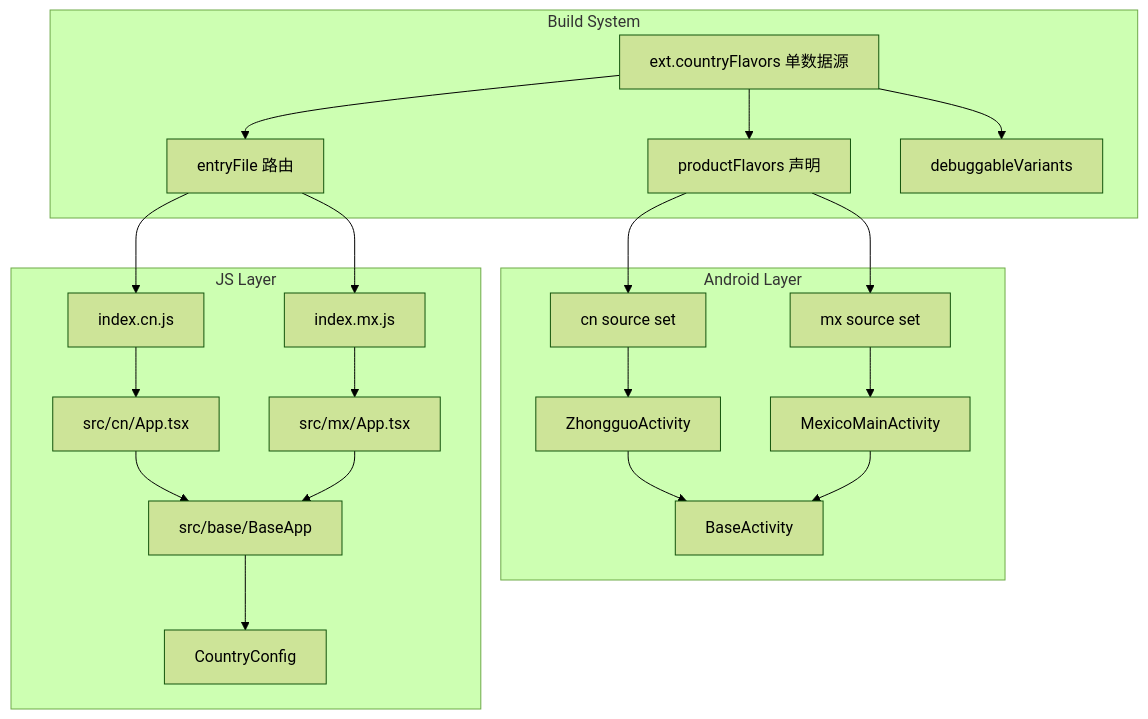
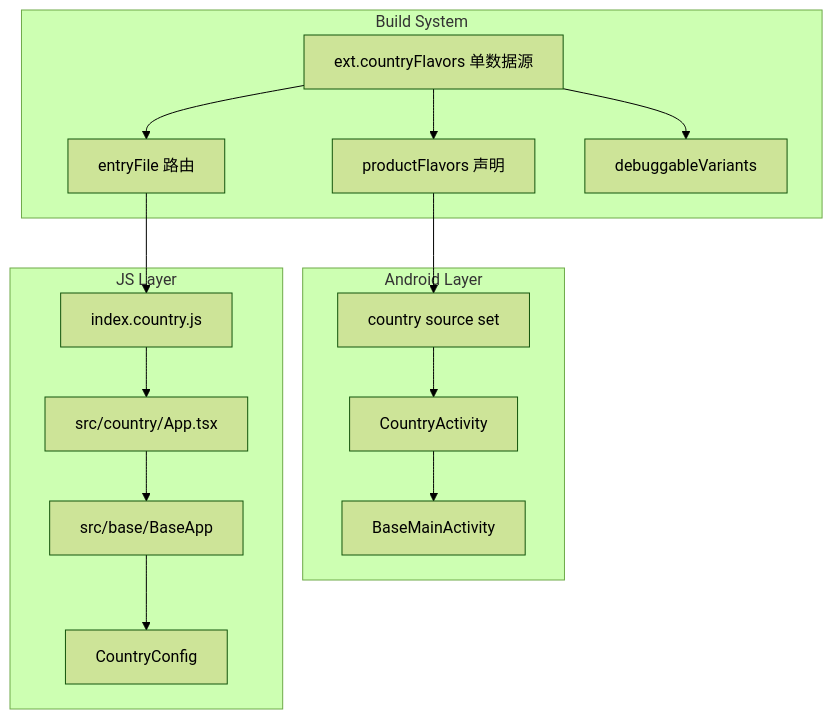
One commit to junjie-z666/react-native-template-multi-country changed the diagram in docs/article.md. Above: the diagram before and after it, drawn with Mermaid (forest theme). The commit also changed other lines of this file and 8 other files, not shown here.

````diff
--- a/docs/article.md
+++ b/docs/article.md
@@ -39,28 +39,22 @@
 ```mermaid
 graph TB
     subgraph Build System
         GF[ext.countryFlavors 单数据源]
         GF --> PF[productFlavors 声明]
         GF --> EF[entryFile 路由]
         GF --> DV[debuggableVariants]
     end
 
     subgraph Android Layer
-        PF --> CN_SRC[cn source set]
-        PF --> MX_SRC[mx source set]
-        CN_SRC --> CN_A[ZhongguoActivity]
-        MX_SRC --> MX_A[MexicoMainActivity]
-        CN_A --> BA[BaseActivity]
-        MX_A --> BA
+        PF --> C_SRC[country source set]
+        C_SRC --> A[CountryActivity]
+        A --> BA[BaseMainActivity]
     end
 
     subgraph JS Layer
-        EF --> CN_JS[index.cn.js]
-        EF --> MX_JS[index.mx.js]
-        CN_JS --> CN_APP[src/cn/App.tsx]
-        MX_JS --> MX_APP[src/mx/App.tsx]
-        CN_APP --> BASE[src/base/BaseApp]
-        MX_APP --> BASE
+        EF --> IDX[index.country.js]
+        IDX --> APP[src/country/App.tsx]
+        APP --> BASE[src/base/BaseApp]
         BASE --> CC[CountryConfig]
     end
 ```
````
